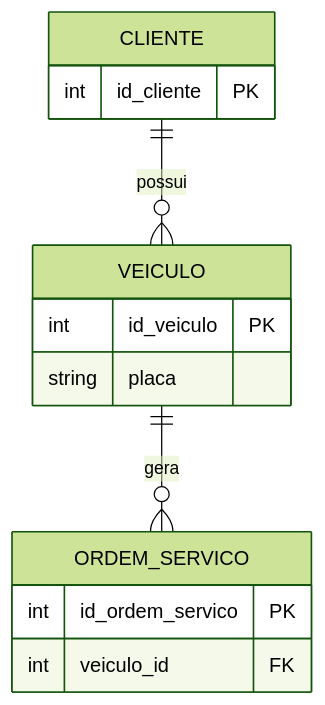
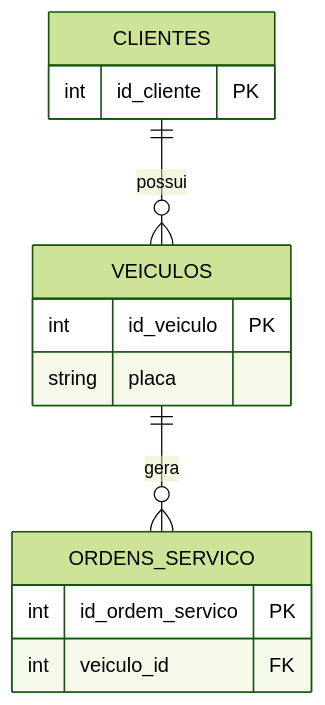
Before and after one commit to GTI-Fatec-Jahu/BDA-GTI-2026-2: the second of 7 diagrams in docs/aulas/Aula_02_Gabarito.md, drawn with Mermaid (forest theme). The commit also changed other lines of this file and 5 other files, not shown here.

````diff
--- a/docs/aulas/Aula_02_Gabarito.md
+++ b/docs/aulas/Aula_02_Gabarito.md
@@ -87,17 +87,17 @@
 ```mermaid
 erDiagram
-    VEICULO {
+    VEICULOS {
         int id_veiculo PK
         string placa
     }
-    CLIENTE {
+    CLIENTES {
         int id_cliente PK
     }
-    ORDEM_SERVICO {
+    ORDENS_SERVICO {
         int id_ordem_servico PK
         int veiculo_id FK
     }
 
-    CLIENTE ||--o{ VEICULO : "possui"
-    VEICULO ||--o{ ORDEM_SERVICO : "gera"
+    CLIENTES ||--o{ VEICULOS : "possui"
+    VEICULOS ||--o{ ORDENS_SERVICO : "gera"
 ```
````
